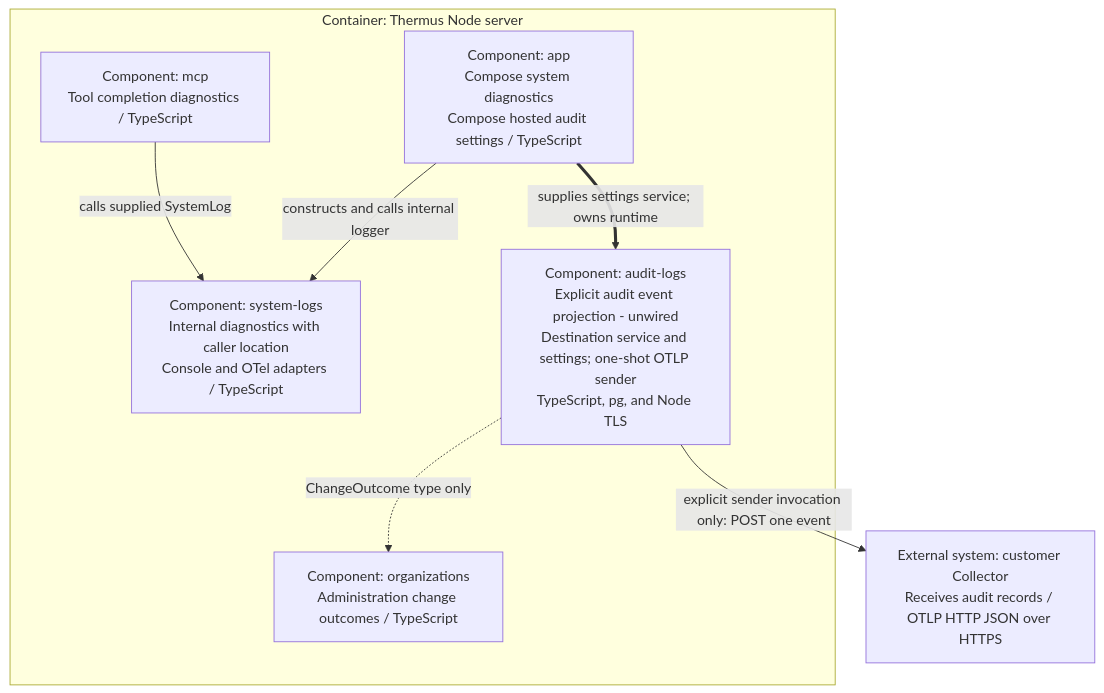
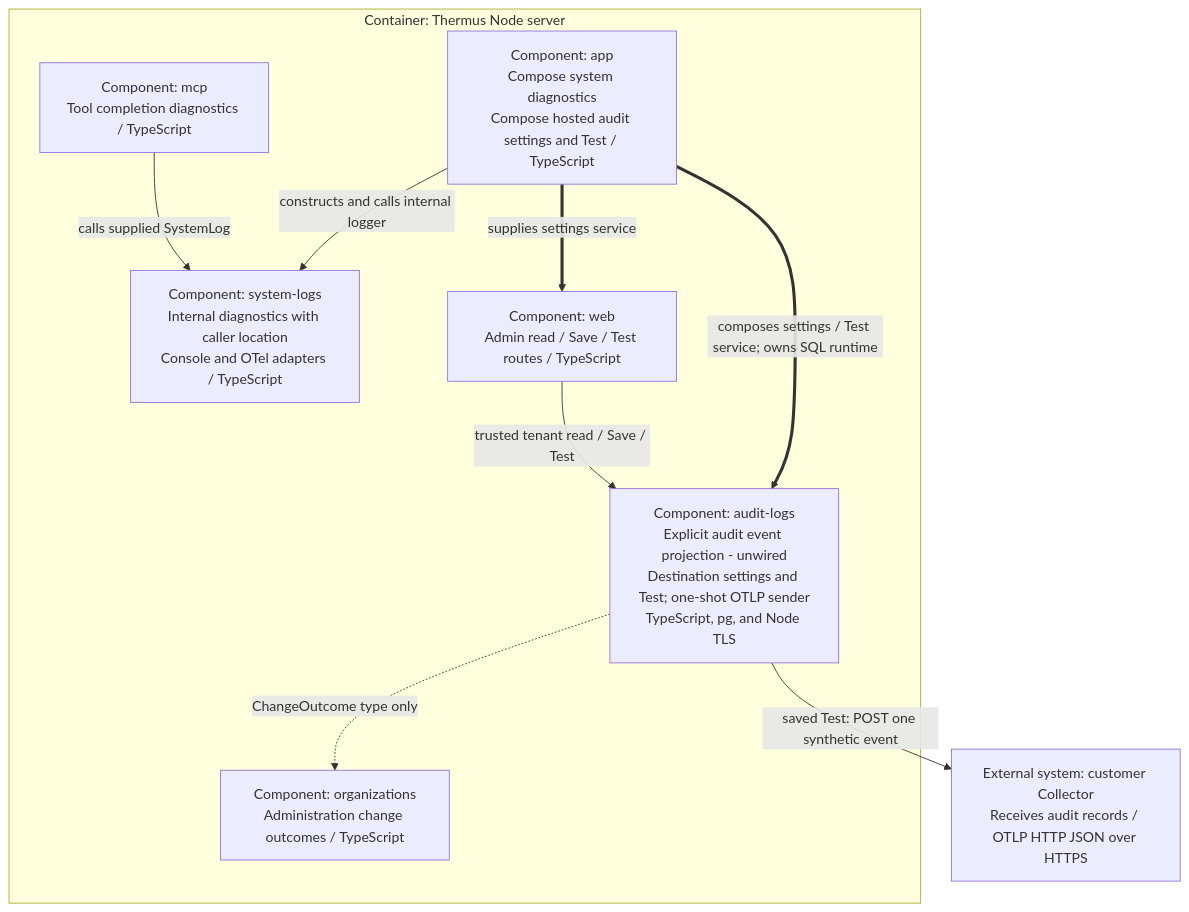
The seventh of 13 diagrams in architecture/components.md (tomer-mayara/Thermus), drawn with Mermaid before and after one commit. The commit also changed other lines of this file and 24 other files, not shown here.

Commit message:
feat(audit): test saved Collector destinations without changing settings

````diff
--- a/architecture/components.md
+++ b/architecture/components.md
@@ -293,16 +300,19 @@
 ```mermaid
 flowchart TB
   subgraph logs_server["Container: Thermus Node server"]
-    logs_app["Component: app<br/>Compose system diagnostics<br/>Compose hosted audit settings / TypeScript"]
+    logs_app["Component: app<br/>Compose system diagnostics<br/>Compose hosted audit settings and Test / TypeScript"]
     logs_mcp["Component: mcp<br/>Tool completion diagnostics / TypeScript"]
     logs_system["Component: system-logs<br/>Internal diagnostics with caller location<br/>Console and OTel adapters / TypeScript"]
-    logs_audit["Component: audit-logs<br/>Explicit audit event projection - unwired<br/>Destination service and settings; one-shot OTLP sender<br/>TypeScript, pg, and Node TLS"]
+    logs_audit["Component: audit-logs<br/>Explicit audit event projection - unwired<br/>Destination settings and Test; one-shot OTLP sender<br/>TypeScript, pg, and Node TLS"]
+    logs_web["Component: web<br/>Admin read / Save / Test routes / TypeScript"]
     logs_org["Component: organizations<br/>Administration change outcomes / TypeScript"]
   end
   logs_collector["External system: customer Collector<br/>Receives audit records / OTLP HTTP JSON over HTTPS"]
   logs_app -->|constructs and calls internal logger| logs_system
   logs_mcp -->|calls supplied SystemLog| logs_system
-  logs_app ==>|supplies settings service; owns runtime| logs_audit
+  logs_app ==>|composes settings / Test service; owns SQL runtime| logs_audit
+  logs_app ==>|supplies settings service| logs_web
+  logs_web -->|trusted tenant read / Save / Test| logs_audit
   logs_audit -.->|ChangeOutcome type only| logs_org
-  logs_audit -->|explicit sender invocation only: POST one event| logs_collector
+  logs_audit -->|saved Test: POST one synthetic event| logs_collector
 ```
````
